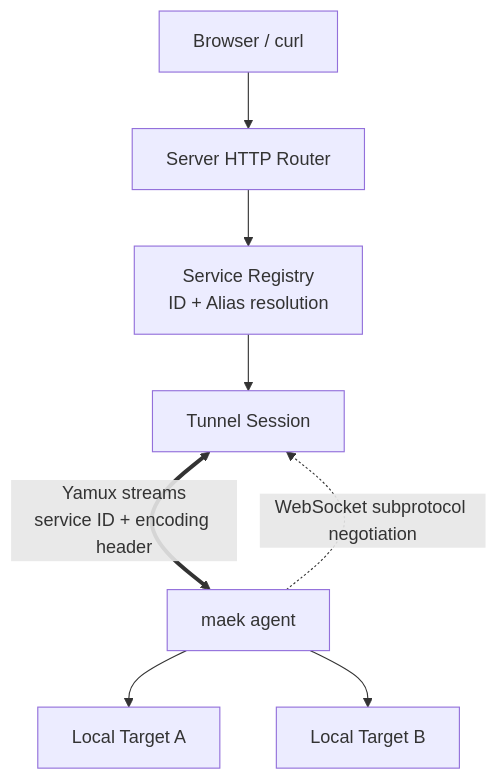
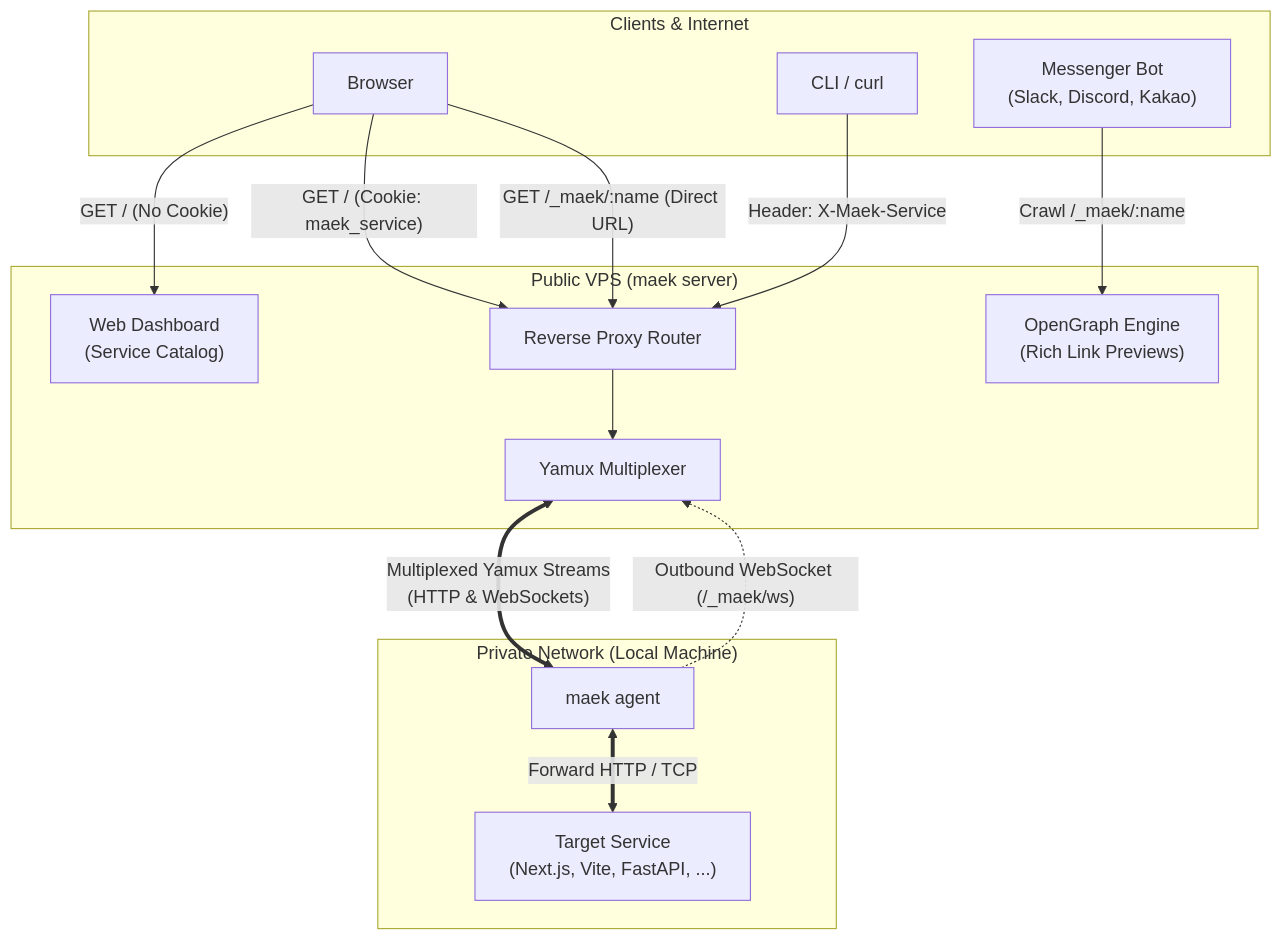
One commit to gosuda/maek changed the diagram in README.md. Above: the diagram before and after it, drawn with Mermaid. The commit also changed other lines of this file and 2 other files, not shown here.

````diff
--- a/README.md
+++ b/README.md
@@ -77,12 +76,35 @@
 ```mermaid
 flowchart TD
-    Browser["Browser / curl"] --> Router["Server HTTP Router"]
-    Router --> Registry["Service Registry\nID + Alias resolution"]
-    Registry --> Tunnel["Tunnel Session"]
+    subgraph Clients ["Clients & Internet"]
+        Browser["Browser"]
+        Curl["CLI / curl"]
+        Bot["Messenger Bot<br/>(Slack, Discord, Kakao)"]
+    end
 
-    Agent["maek agent"] -. "WebSocket subprotocol negotiation" .-> Tunnel
-    Tunnel <== "Yamux streams\nservice ID + encoding header" ==> Agent
+    subgraph VPS ["Public VPS (maek server)"]
+        Router["Reverse Proxy Router"]
+        Catalog["Web Dashboard<br/>(Service Catalog)"]
+        OG["OpenGraph Engine<br/>(Rich Link Previews)"]
+        YamuxServer["Yamux Multiplexer"]
+    end
 
-    Agent --> TargetA["Local Target A"]
-    Agent --> TargetB["Local Target B"]
+    subgraph Local ["Private Network (Local Machine)"]
+        Agent["maek agent"]
+        Target["Target Service<br/>(Next.js, Vite, FastAPI, ...)"]
+    end
+
+    %% Client Traffic Flows
+    Browser -- "GET / (No Cookie)" --> Catalog
+    Browser -- "GET / (Cookie: maek_service)" --> Router
+    Browser -- "GET /_maek/:name (Direct URL)" --> Router
+    Curl -- "Header: X-Maek-Service" --> Router
+    Bot -- "Crawl /_maek/:name" --> OG
+
+    %% Server Internal Routing
+    Router --> YamuxServer
+
+    %% Tunnel & Local Forwarding
+    Agent -. "Outbound WebSocket (/_maek/ws)" .-> YamuxServer
+    YamuxServer <== "Multiplexed Yamux Streams<br/>(HTTP & WebSockets)" ==> Agent
+    Agent <== "Forward HTTP / TCP" ==> Target
 ```
````
